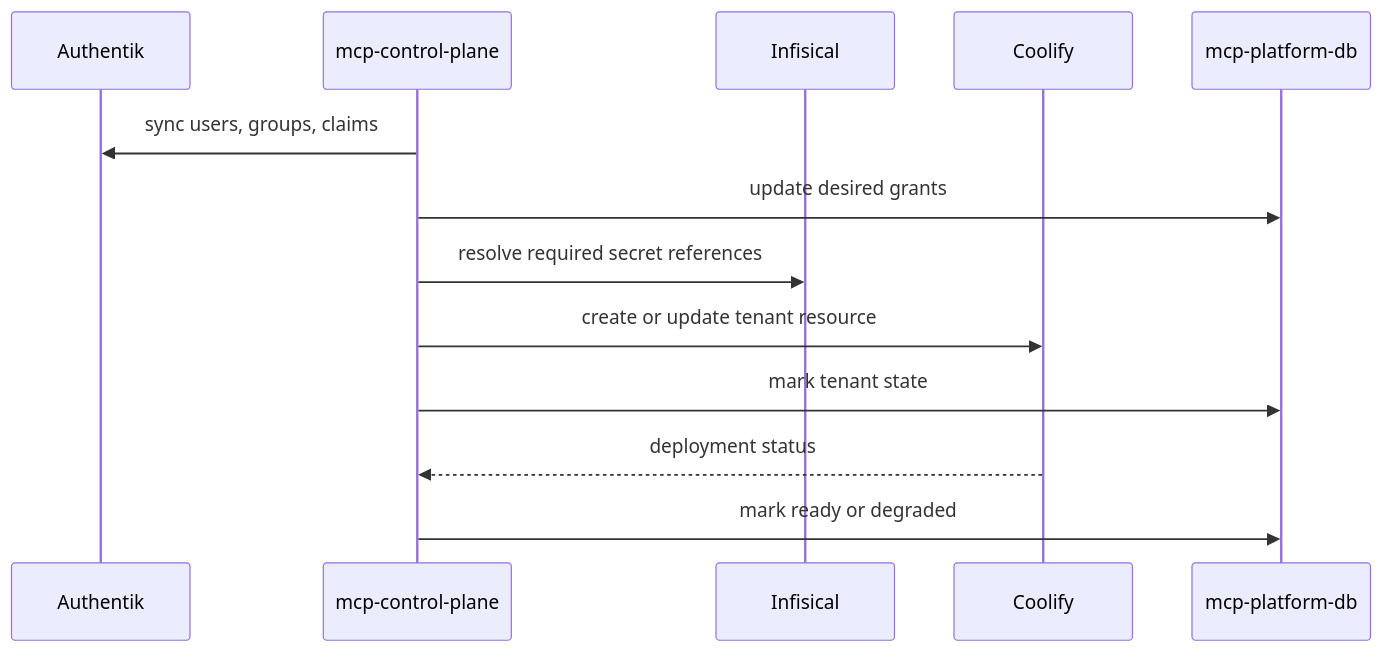
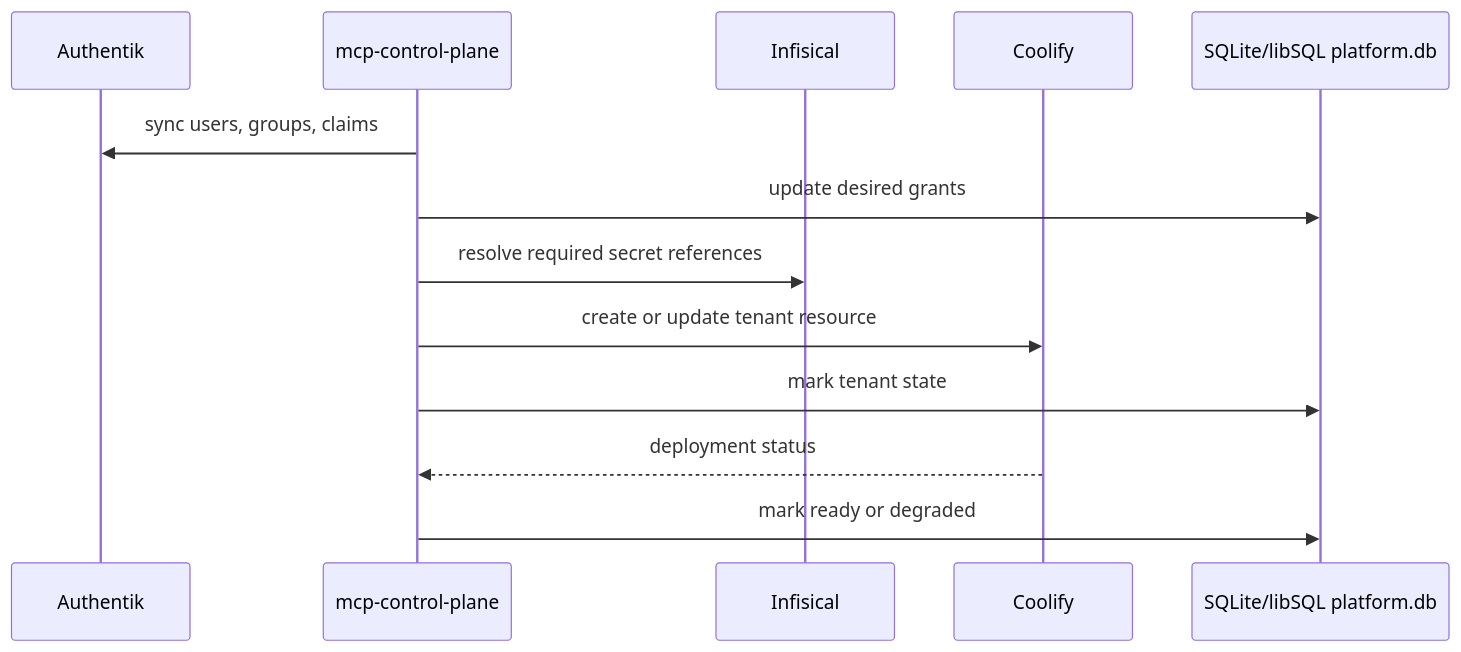
Before and after one commit to ZanzyTHEbar/mcp-edge-gateway: the third of 3 diagrams in mcp-control-plane/EDD.md, drawn with Mermaid. The commit also changed other lines of this file and 125 other files, not shown here.

Commit message:
refactor(platform): pivot to SQLite

````diff
--- a/mcp-control-plane/EDD.md
+++ b/mcp-control-plane/EDD.md
@@ -449,16 +449,16 @@
 ```mermaid
 sequenceDiagram
     participant Auth as Authentik
     participant CP as mcp-control-plane
     participant Inf as Infisical
     participant Cool as Coolify
-    participant DB as mcp-platform-db
+    participant DB as SQLite/libSQL platform.db
 
     CP->>Auth: sync users, groups, claims
     CP->>DB: update desired grants
     CP->>Inf: resolve required secret references
     CP->>Cool: create or update tenant resource
     CP->>DB: mark tenant state
     Cool-->>CP: deployment status
     CP->>DB: mark ready or degraded
 ```
````
